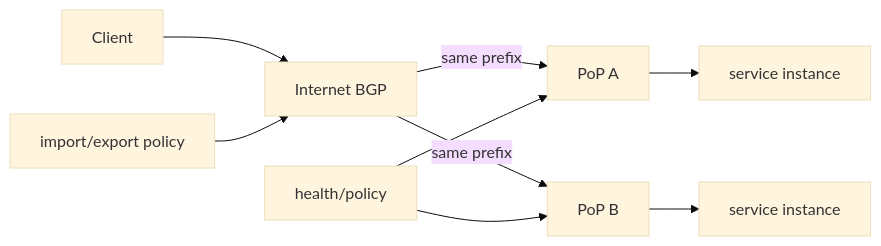
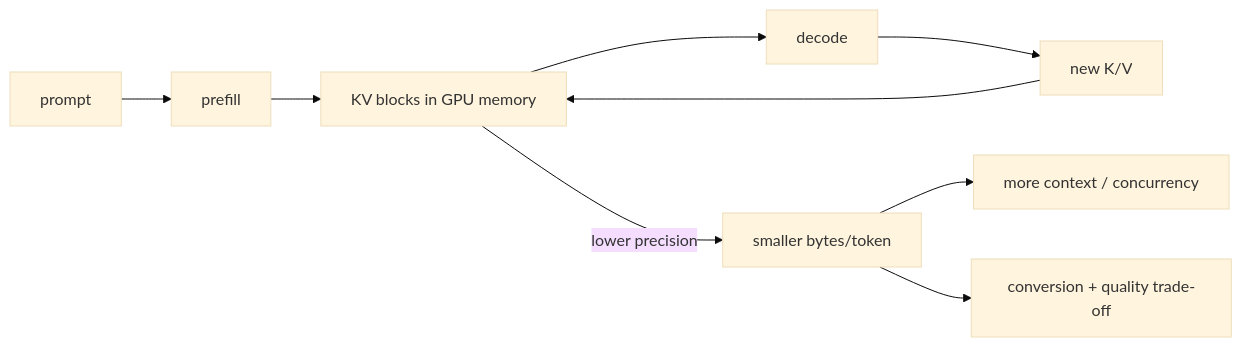
The second of 2 diagrams in daily/2026-09-21/08-00.md (cebrailbagatarhan/software-engineering-interview-roadmap), drawn with Mermaid (base theme) before and after one commit. The commit also changed other lines of this file, not shown here.

````diff
--- a/daily/2026-09-21/08-00.md
+++ b/daily/2026-09-21/08-00.md
@@ -15,11 +74,11 @@
 ```mermaid
 flowchart LR
-  U[Client] --> I[Internet BGP]
-  I -->|same prefix| A[PoP A]
-  I -->|same prefix| B[PoP B]
-  A --> S1[service instance]
-  B --> S2[service instance]
-  H[health/policy] --> A
-  H --> B
-  P[import/export policy] --> I
+  P[prompt] --> PF[prefill]
+  PF --> K[KV blocks in GPU memory]
+  K --> D[decode]
+  D --> N[new K/V]
+  N --> K
+  K -->|lower precision| Q[smaller bytes/token]
+  Q --> C[more context / concurrency]
+  Q --> T[conversion + quality trade-off]
 ```
````
